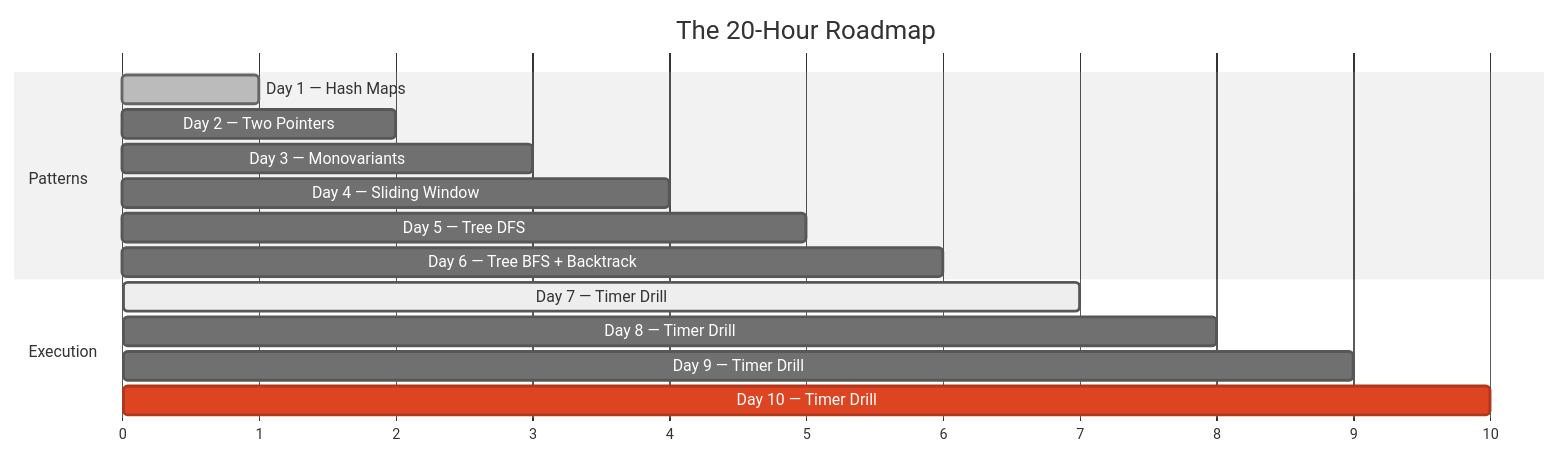
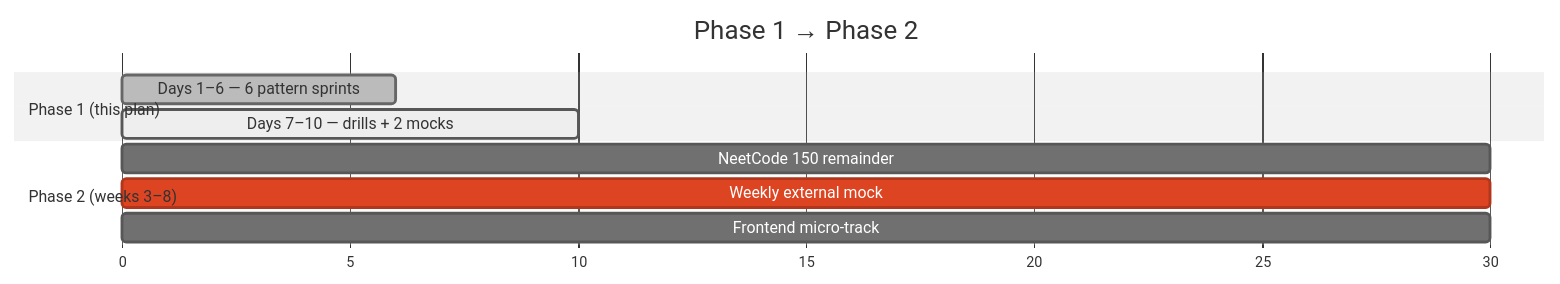
One commit to oreoorbitz/algorithm-practice changed the third of 3 diagrams in plan.md. Above: the diagram before and after it, drawn with Mermaid (neutral theme). The commit also changed other lines of this file and 1 other file, not shown here.

````diff
--- a/plan.md
+++ b/plan.md
@@ -299,18 +215,13 @@
 ```mermaid
 gantt
-  title The 20-Hour Roadmap
+  title Phase 1 → Phase 2
   dateFormat X
   axisFormat %s
-  section Patterns
-  Day 1 — Hash Maps          :done, d1, 0, 1
-  Day 2 — Two Pointers       :d2, 1, 2
-  Day 3 — Monovariants       :d3, 2, 3
-  Day 4 — Sliding Window     :d4, 3, 4
-  Day 5 — Tree DFS           :d5, 4, 5
-  Day 6 — Tree BFS + Backtrack :d6, 5, 6
-  section Execution
-  Day 7 — Timer Drill        :active, d7, 6, 7
-  Day 8 — Timer Drill        :d8, 7, 8
-  Day 9 — Timer Drill        :d9, 8, 9
-  Day 10 — Timer Drill       :crit, d10, 9, 10
+  section Phase 1 (this plan)
+  Days 1–6 — 6 pattern sprints     :done, a1, 0, 6
+  Days 7–10 — drills + 2 mocks     :active, a2, 6, 10
+  section Phase 2 (weeks 3–8)
+  NeetCode 150 remainder           :b1, 10, 30
+  Weekly external mock             :crit, b2, 10, 30
+  Frontend micro-track             :b3, 10, 30
 ```
````
